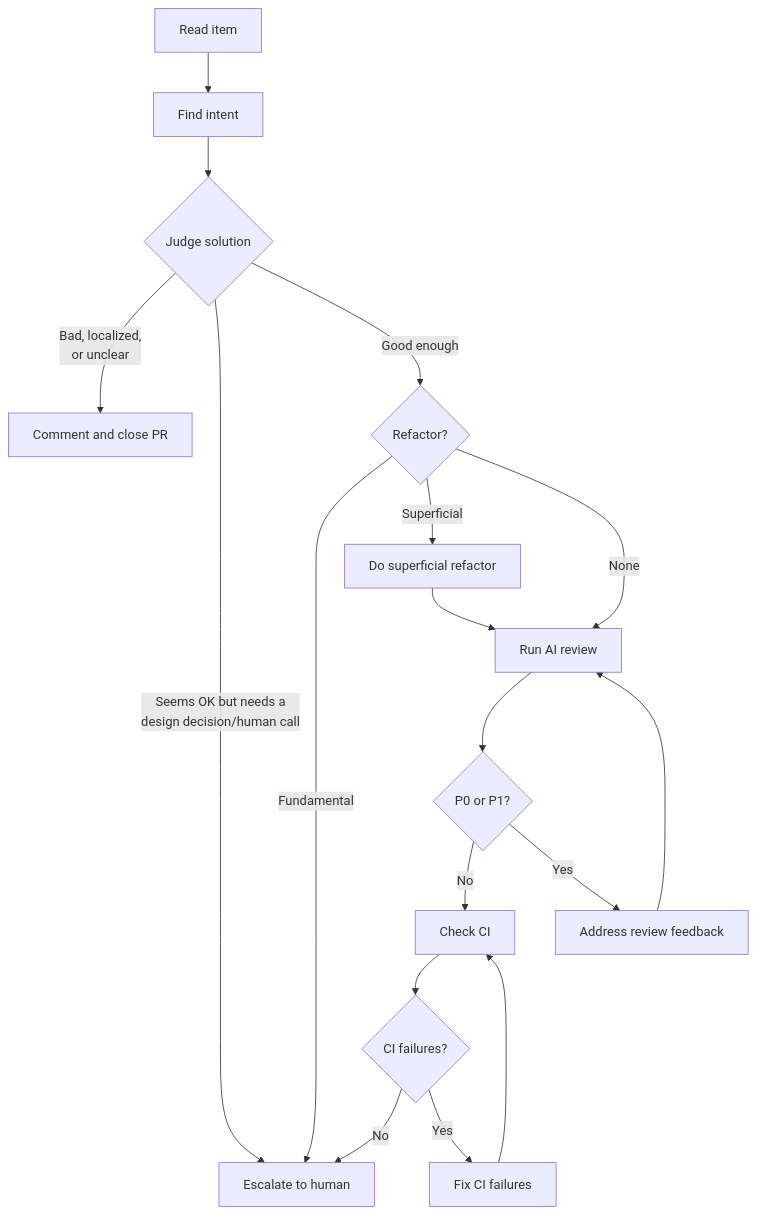
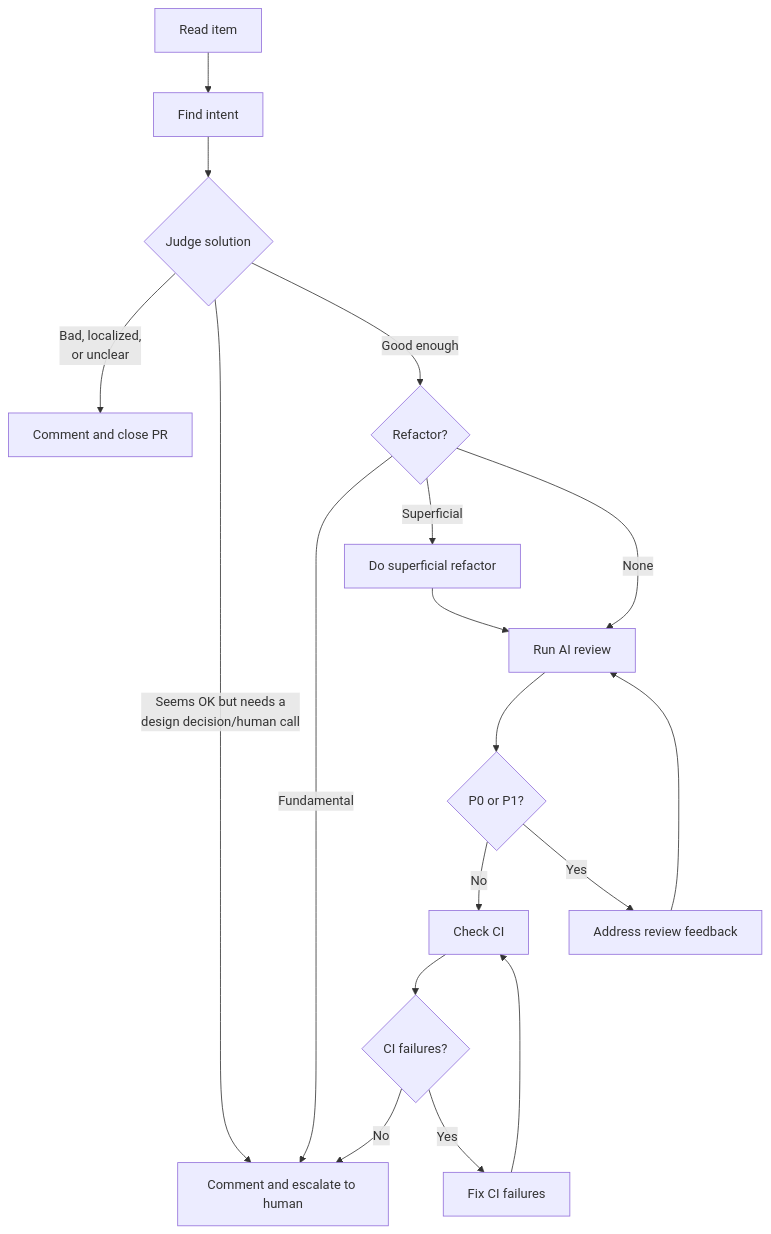
Before and after one commit to osolmaz/tools: the diagram in agents/prompts/pr-issue-triage.md, drawn with Mermaid.

Commit message:
docs: rename human branch in triage flow

````diff
--- a/agents/prompts/pr-issue-triage.md
+++ b/agents/prompts/pr-issue-triage.md
@@ -5,23 +5,23 @@
 ```mermaid
 flowchart TD
     A[Read item] --> B[Find intent]
     B --> C{Judge solution}
 
     C -->|"Bad, localized,<br/>or unclear"| D[Comment and close PR]
-    C -->|"Seems OK but needs a<br/>design decision/human call"| E[Escalate to human]
+    C -->|"Seems OK but needs a<br/>design decision/human call"| E[Comment and escalate to human]
     C -->|Good enough| F{Refactor?}
 
     F -->|Fundamental| E
     F -->|Superficial| R[Do superficial refactor]
     F -->|None| G[Run AI review]
     R --> G
 
     G --> H{P0 or P1?}
     H -->|No| J[Check CI]
     H -->|Yes| I[Address review feedback]
     I --> G
     J --> K{CI failures?}
     K -->|No| E
     K -->|Yes| L[Fix CI failures]
     L --> J
 ```
````
